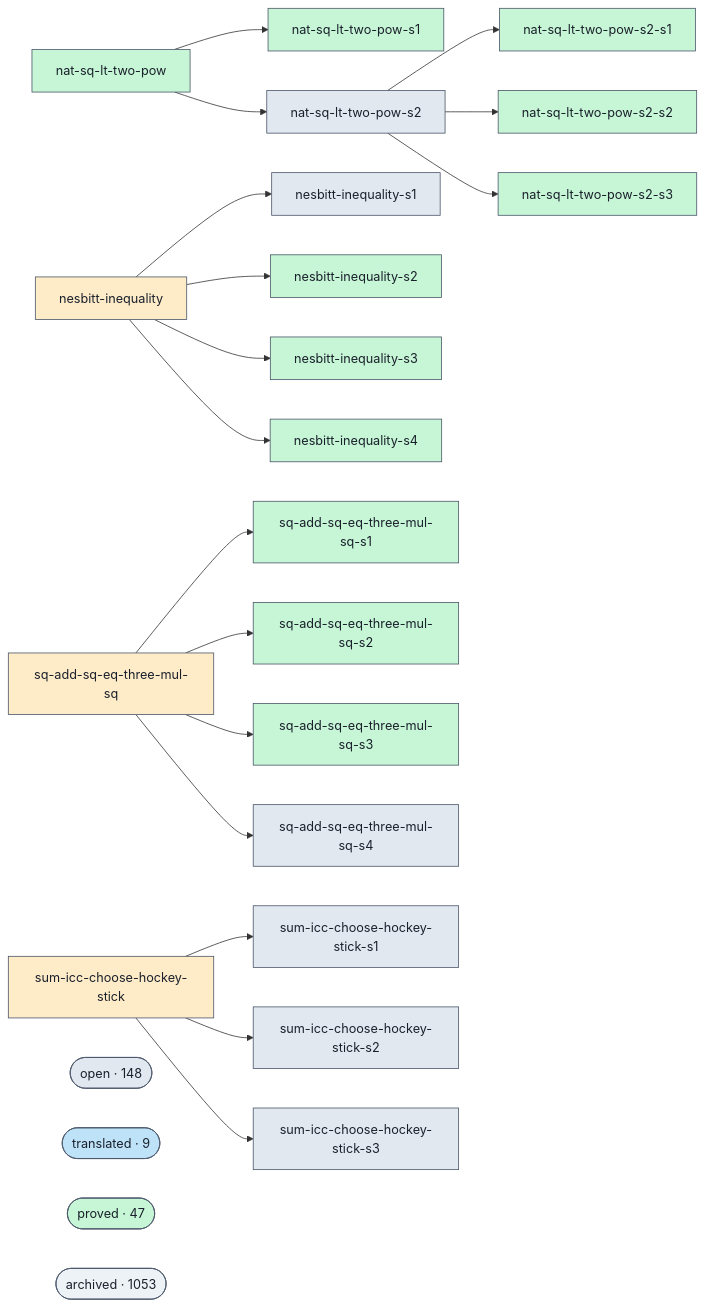
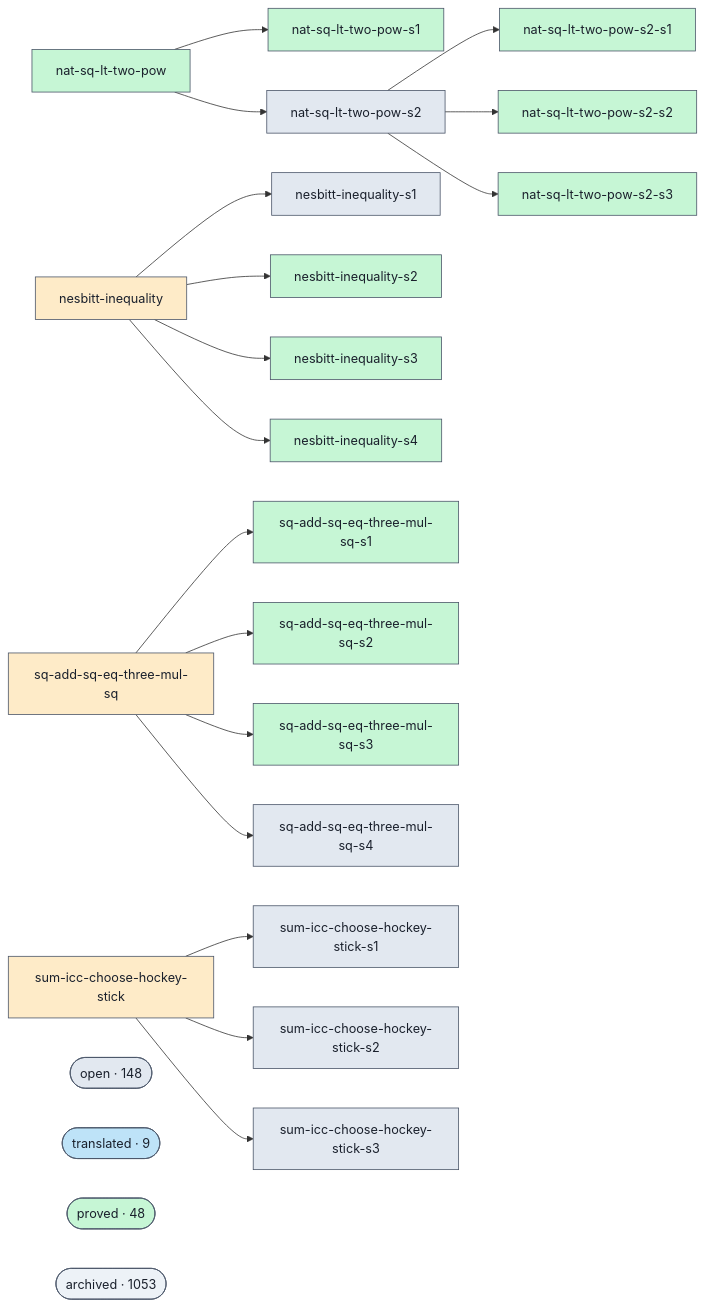
Before and after one commit to Rauxon/unsorry: the diagram in docs/proofs-contributors-visualisation.md, drawn with Mermaid. The commit also changed other lines of this file and 2 other files, not shown here.

```diff
--- a/docs/proofs-contributors-visualisation.md
+++ b/docs/proofs-contributors-visualisation.md
@@ -102,7 +102,7 @@
   class cluster_open open;
   cluster_translated(["translated · 9"])
   class cluster_translated translated;
-  cluster_proved(["proved · 47"])
+  cluster_proved(["proved · 48"])
   class cluster_proved proved;
   cluster_archived(["archived · 1053"])
   class cluster_archived unknown;
```
